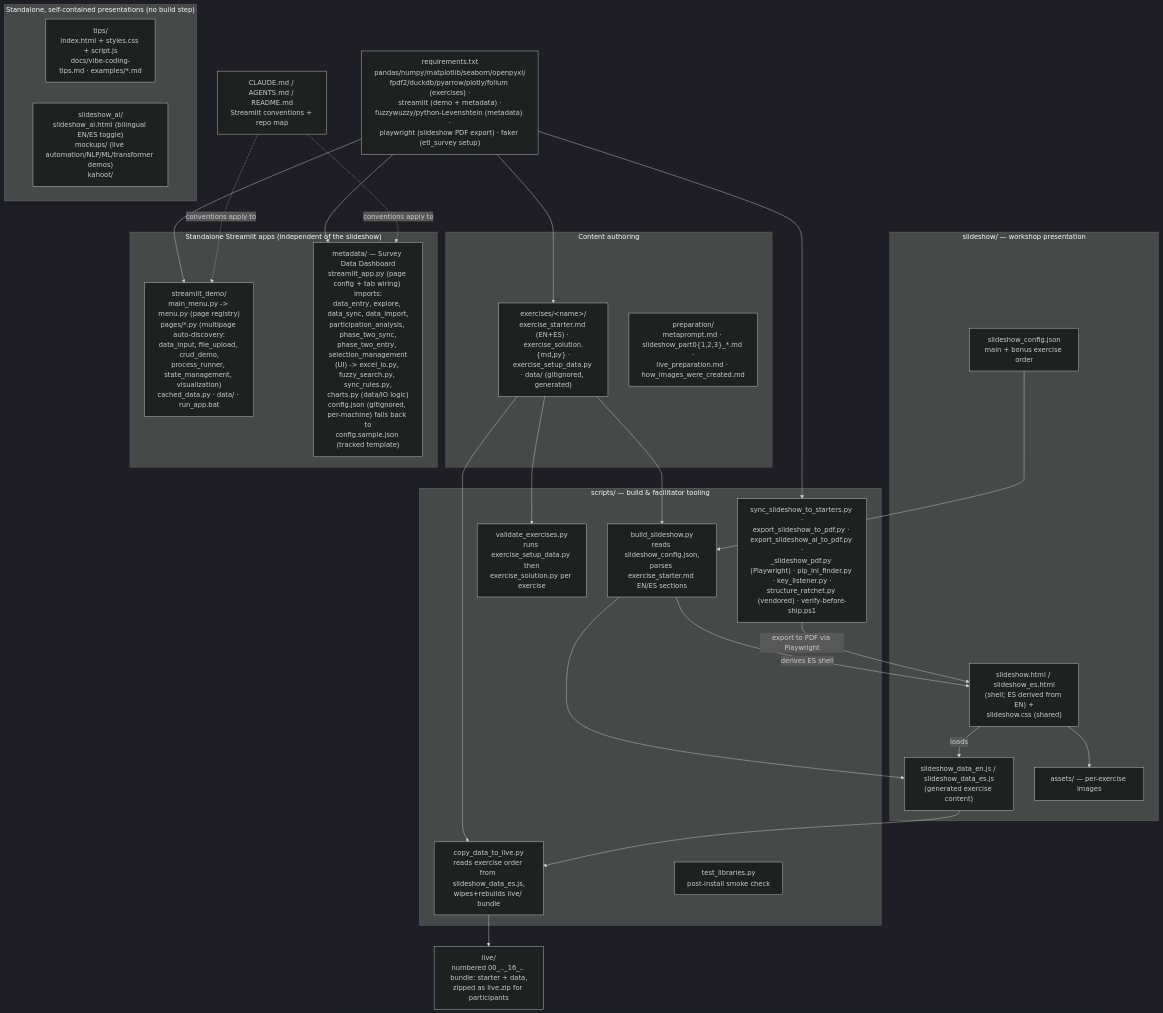
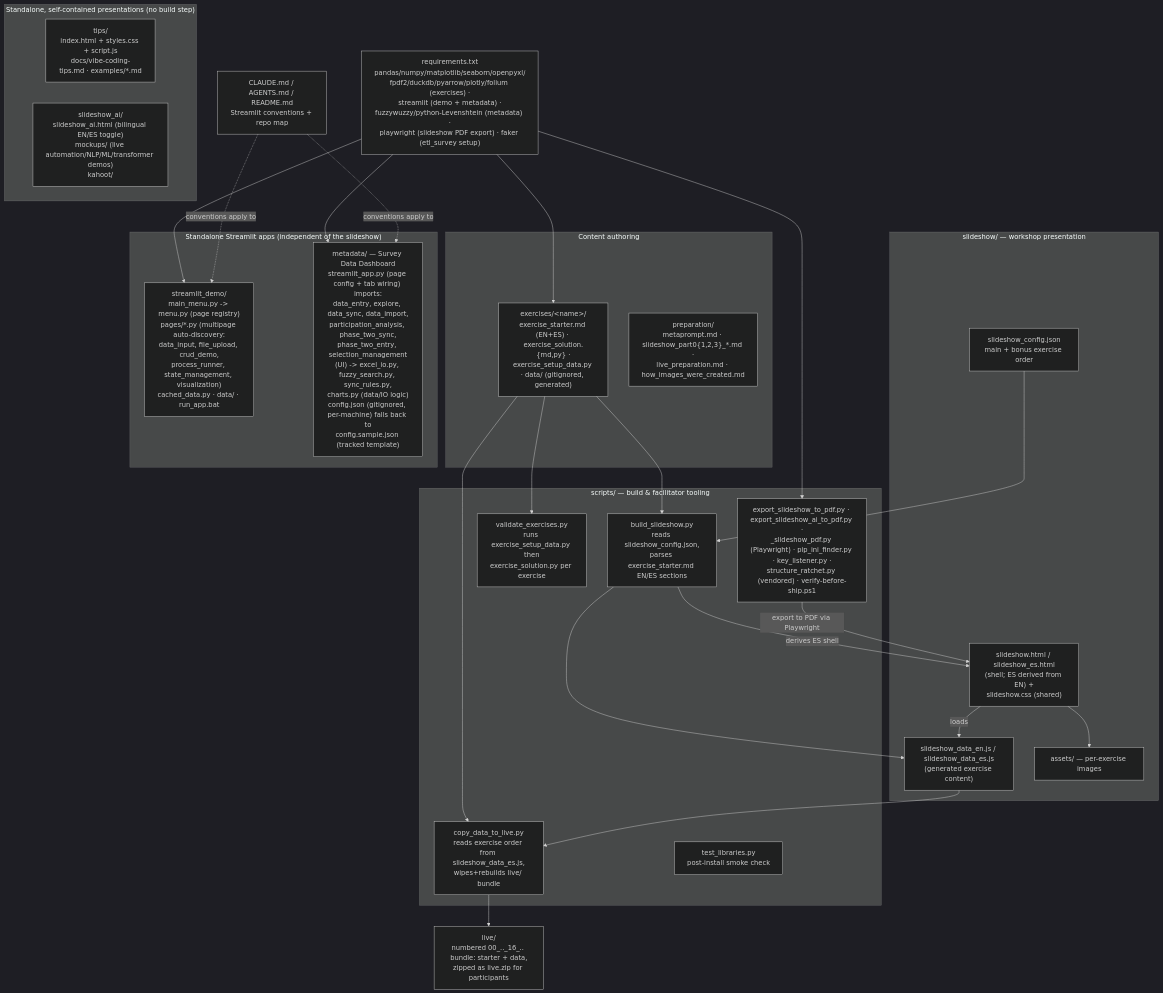
The diagram in docs/architecture.mmd (ferraroroberto/vibe-coding-workshop), drawn with Mermaid (dark theme) before and after one commit. The commit also changed 1 other file, not shown here.

Commit message:
chore: remove the reverse-direction slideshow-to-starters sync script (#148)
- the starters are the single source of truth and build_slideshow.py the one generator; a second tool writing starters from the generated decks makes the direction ambiguous and clobbers unbuilt starter edits
- nothing in the README, preparation/ or any script referred to it; drop its architecture diagram entry too

```diff
--- a/docs/architecture.mmd
+++ b/docs/architecture.mmd
@@ -1,61 +1,61 @@
 %% docs/architecture.mmd — this repo's own internal structure.
 %% Hand-authored, not generated (there is no crawler for a repo's own semantic
 %% shape, same reason a `.fleet.toml` `description` is hand-written). Update
 %% this diagram in the same PR as any material structural change (an exercise
 %% category added/removed, a build script relocated, a new standalone app
 %% folder). See fleet-config#256 for the general fleet-wide convention.
 
 flowchart TB
   subgraph content["Content authoring"]
     EXERCISES["exercises/&lt;name&gt;/\nexercise_starter.md (EN+ES) · exercise_solution.{md,py} ·\nexercise_setup_data.py · data/ (gitignored, generated)"]
     PREP["preparation/\nmetaprompt.md · slideshow_part0{1,2,3}_*.md ·\nlive_preparation.md · how_images_were_created.md"]
   end
 
   subgraph build["scripts/ — build & facilitator tooling"]
     BUILDSHOW["build_slideshow.py\nreads slideshow_config.json,\nparses exercise_starter.md EN/ES sections"]
     COPYLIVE["copy_data_to_live.py\nreads exercise order from slideshow_data_es.js,\nwipes+rebuilds live/ bundle"]
     VALIDATE["validate_exercises.py\nruns exercise_setup_data.py then\nexercise_solution.py per exercise"]
     TESTLIB["test_libraries.py\npost-install smoke check"]
-    OTHERSCRIPTS["sync_slideshow_to_starters.py ·\nexport_slideshow_to_pdf.py · export_slideshow_ai_to_pdf.py ·\n_slideshow_pdf.py (Playwright) · pip_ini_finder.py · key_listener.py ·\nstructure_ratchet.py (vendored) · verify-before-ship.ps1"]
+    OTHERSCRIPTS["export_slideshow_to_pdf.py · export_slideshow_ai_to_pdf.py ·\n_slideshow_pdf.py (Playwright) · pip_ini_finder.py · key_listener.py ·\nstructure_ratchet.py (vendored) · verify-before-ship.ps1"]
   end
 
   EXERCISES --> BUILDSHOW
   EXERCISES --> VALIDATE
   EXERCISES --> COPYLIVE
 
   subgraph slideshow["slideshow/ — workshop presentation"]
     CONFIG["slideshow_config.json\nmain + bonus exercise order"]
     SHTML["slideshow.html / slideshow_es.html\n(shell; ES derived from EN) +\nslideshow.css (shared)"]
     SDATA["slideshow_data_en.js / slideshow_data_es.js\n(generated exercise content)"]
     ASSETS["assets/ — per-exercise images"]
   end
   CONFIG --> BUILDSHOW
   BUILDSHOW --> SDATA
   BUILDSHOW -->|derives ES shell| SHTML
   SHTML -->|loads| SDATA
   SHTML --> ASSETS
   SDATA --> COPYLIVE
   OTHERSCRIPTS -->|export to PDF via Playwright| SHTML
 
   LIVE["live/\nnumbered 00_.._16_.. bundle: starter + data,\nzipped as live.zip for participants"]
   COPYLIVE --> LIVE
 
   subgraph standalone["Standalone, self-contained presentations (no build step)"]
     TIPS["tips/\nindex.html + styles.css + script.js\ndocs/vibe-coding-tips.md · examples/*.md"]
     SLIDESHOWAI["slideshow_ai/\nslideshow_ai.html (bilingual EN/ES toggle)\nmockups/ (live automation/NLP/ML/transformer demos)\nkahoot/"]
   end
 
   subgraph apps["Standalone Streamlit apps (independent of the slideshow)"]
     DEMO["streamlit_demo/\nmain_menu.py -> menu.py (page registry)\npages/*.py (multipage auto-discovery:\ndata_input, file_upload, crud_demo,\nprocess_runner, state_management, visualization)\ncached_data.py · data/ · run_app.bat"]
     METADATA["metadata/ — Survey Data Dashboard\nstreamlit_app.py (page config + tab wiring) imports:\ndata_entry, explore, data_sync, data_import,\nparticipation_analysis, phase_two_sync,\nphase_two_entry, selection_management\n(UI) -> excel_io.py, fuzzy_search.py, sync_rules.py,\ncharts.py (data/IO logic)\nconfig.json (gitignored, per-machine) falls back to\nconfig.sample.json (tracked template)"]
   end
 
   REQ["requirements.txt\npandas/numpy/matplotlib/seaborn/openpyxl/\nfpdf2/duckdb/pyarrow/plotly/folium (exercises) ·\nstreamlit (demo + metadata) ·\nfuzzywuzzy/python-Levenshtein (metadata) ·\nplaywright (slideshow PDF export) · faker (etl_survey setup)"]
   REQ --> EXERCISES
   REQ --> DEMO
   REQ --> METADATA
   REQ --> OTHERSCRIPTS
 
   ROOTDOCS["CLAUDE.md / AGENTS.md / README.md\nStreamlit conventions + repo map"]
   ROOTDOCS -.->|conventions apply to| DEMO
   ROOTDOCS -.->|conventions apply to| METADATA
```
